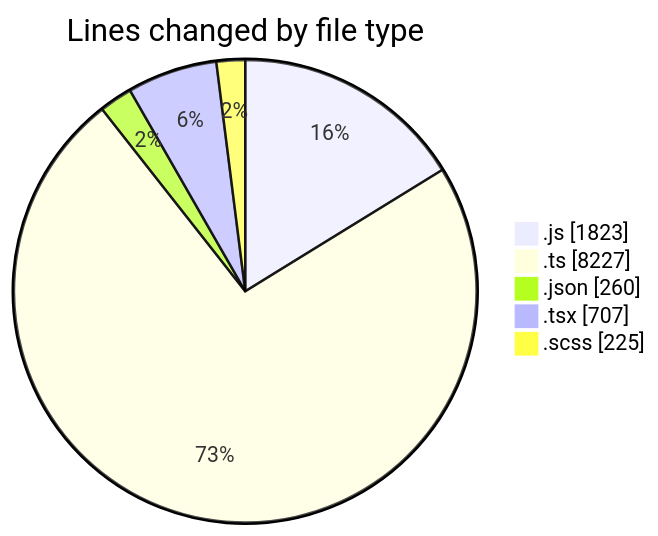
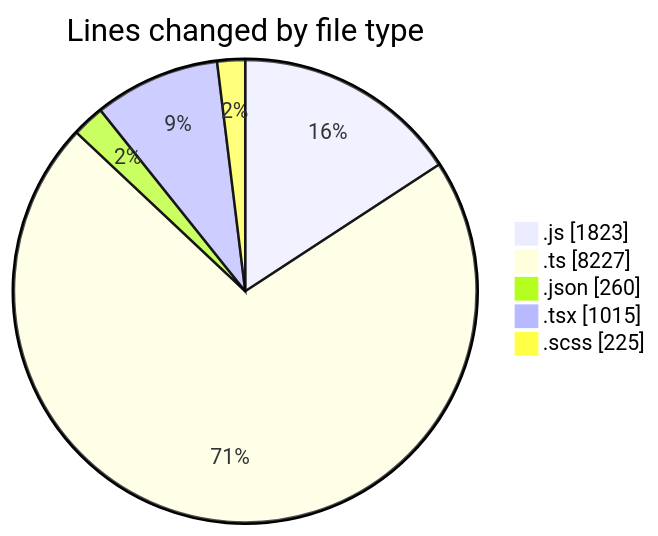
Before and after one commit to momahboobian/code-tracking: the first of 2 diagrams in 2026-04-08/cda/README.md, drawn with Mermaid. The commit also changed other lines of this file and 1 other file, not shown here.

````diff
--- a/2026-04-08/cda/README.md
+++ b/2026-04-08/cda/README.md
@@ -32,9 +35,9 @@
 ```mermaid
 pie showData
 title Lines changed by file type
 ".js" : 1823
 ".ts" : 8227
 ".json" : 260
-".tsx" : 707
+".tsx" : 1015
 ".scss" : 225
 ```
````
